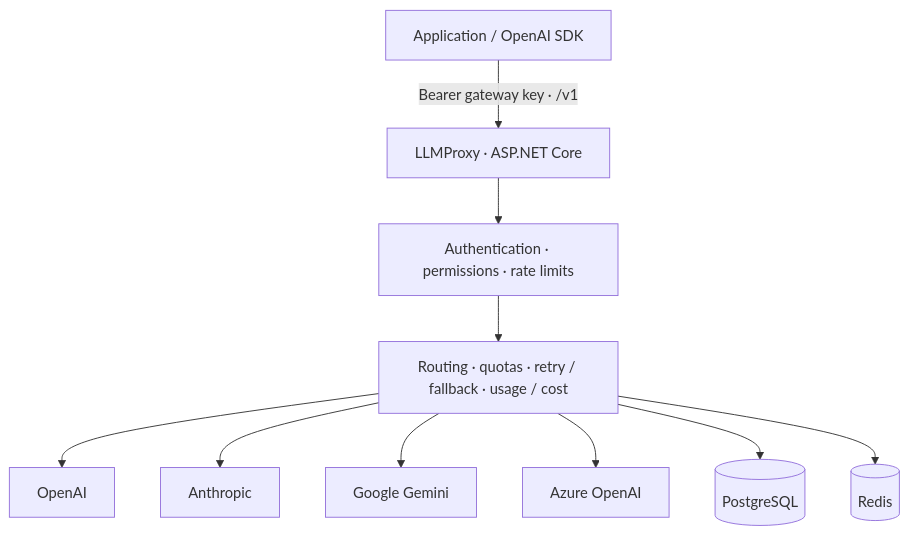
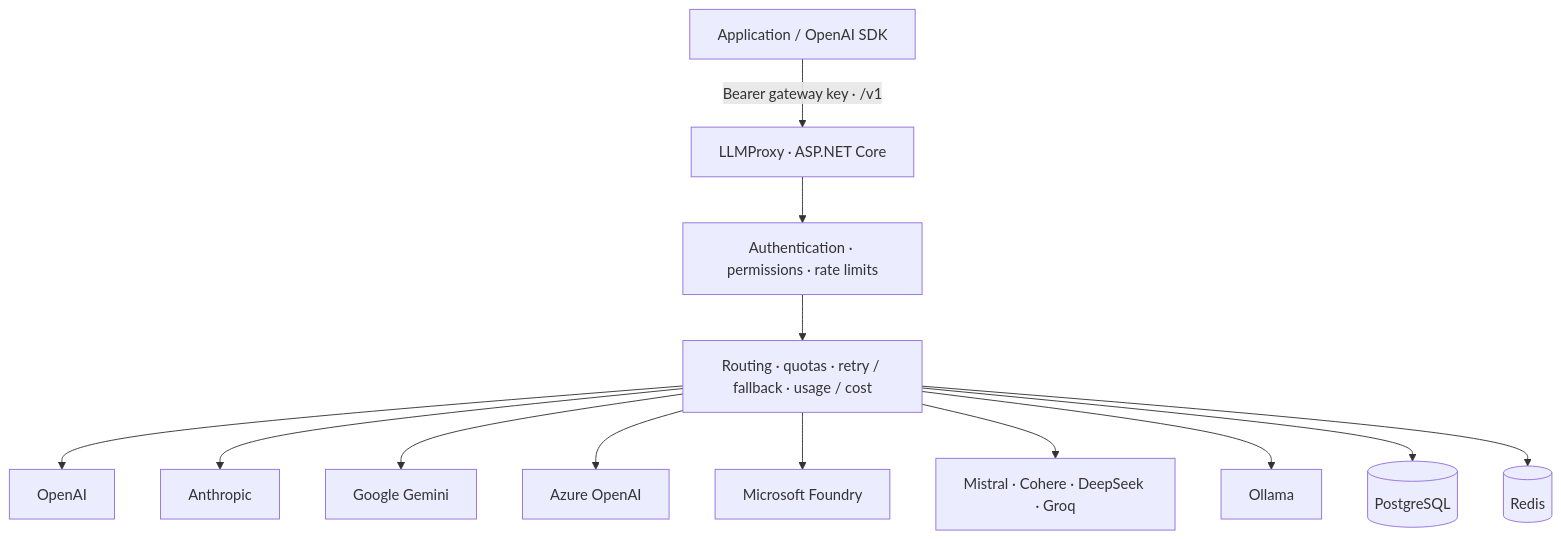
One commit to Mo7ammedd/LLMProxy changed the diagram in README.md. Above: the diagram before and after it, drawn with Mermaid. The commit also changed other lines of this file and 6 other files, not shown here.

````diff
--- a/README.md
+++ b/README.md
@@ -11,12 +11,15 @@
 ```mermaid
 flowchart TD
     Client[Application / OpenAI SDK] -->|Bearer gateway key · /v1| API[LLMProxy · ASP.NET Core]
     API --> Auth[Authentication · permissions · rate limits]
     Auth --> App[Routing · quotas · retry / fallback · usage / cost]
     App --> OpenAI[OpenAI]
     App --> Anthropic[Anthropic]
     App --> Gemini[Google Gemini]
     App --> Azure[Azure OpenAI]
+    App --> Foundry[Microsoft Foundry]
+    App --> More[Mistral · Cohere · DeepSeek · Groq]
+    App --> Local[Ollama]
     App --> PG[(PostgreSQL)]
     App --> Redis[(Redis)]
 ```
````
